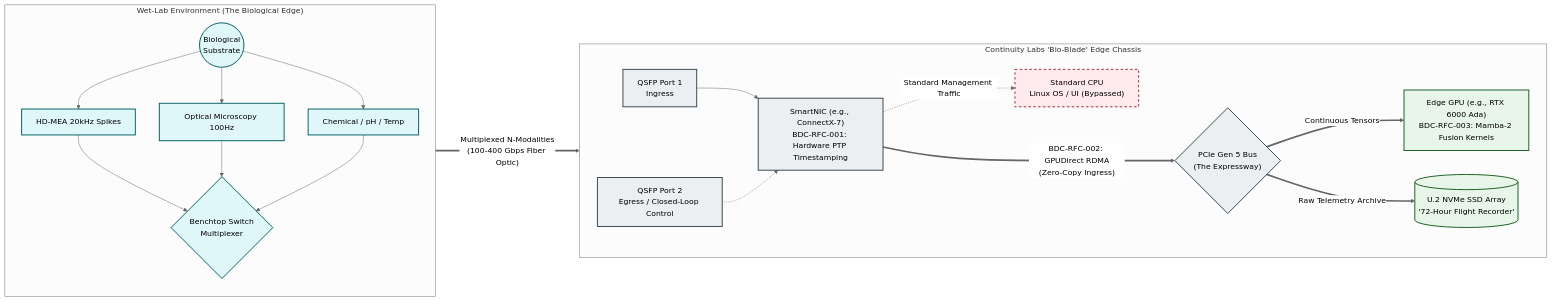
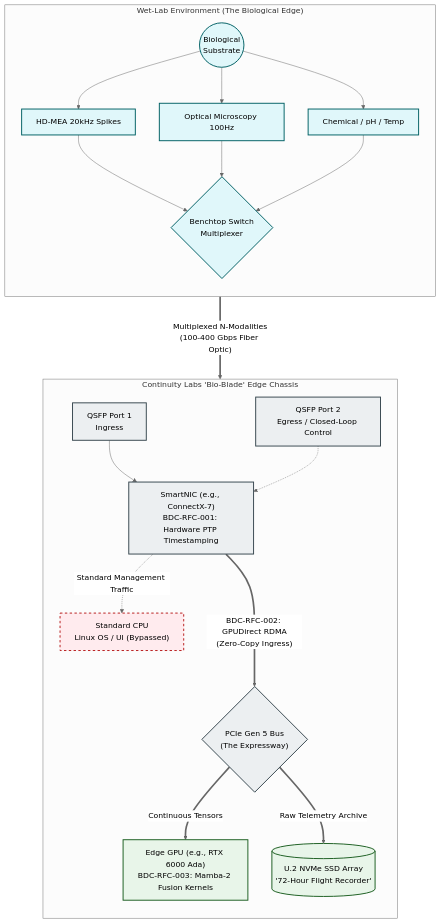
Before and after one commit to continuity-labs-io/stable-basin: the diagram in docs/ai/diagrams/bio_blade.md, drawn with Mermaid (neutral theme). The commit also changed 15 other files, not shown here.

````diff
--- a/docs/ai/diagrams/bio_blade.md
+++ b/docs/ai/diagrams/bio_blade.md
@@ -1,48 +1,48 @@
 ```mermaid
-graph LR
+graph TB
     %% Define Styles
     classDef wetlab fill:#e0f7fa,stroke:#006064,stroke-width:2px,color:#000;
     classDef hardware fill:#eceff1,stroke:#37474f,stroke-width:2px,color:#000;
     classDef compute fill:#e8f5e9,stroke:#1b5e20,stroke-width:2px,color:#000;
     classDef bypass fill:#ffebee,stroke:#b71c1c,stroke-width:2px,stroke-dasharray: 5 5,color:#000;
 
     %% Wet Lab Environment
     subgraph WET_LAB ["Wet-Lab Environment (The Biological Edge)"]
         direction TB
         Bio((Biological<br/>Substrate)):::wetlab --> MEA[HD-MEA 20kHz Spikes]:::wetlab
         Bio --> Opt[Optical Microscopy 100Hz]:::wetlab
         Bio --> Aux[Chemical / pH / Temp]:::wetlab
         
         MEA --> DAQ{Benchtop Switch<br/>Multiplexer}:::wetlab
         Opt --> DAQ
         Aux --> DAQ
     end
 
     %% The Fiber Connection
     DAQ == "Multiplexed N-Modalities<br/>(100-400 Gbps Fiber Optic)" ===> Port1
 
     %% The Bio-Blade Chassis
     subgraph BIO_BLADE ["Continuity Labs 'Bio-Blade' Edge Chassis"]
-        direction LR
+        direction TB
         
         Port1[QSFP Port 1<br/>Ingress]:::hardware --> NIC
         Port2[QSFP Port 2<br/>Egress / Closed-Loop Control]:::hardware -.-> NIC
         
         NIC["SmartNIC (e.g., ConnectX-7)<br/>BDC-RFC-001: Hardware PTP Timestamping"]:::hardware
         
         PCIE{"PCIe Gen 5 Bus<br/>(The Expressway)"}:::hardware
         
         %% Zero-Copy Bypass
         NIC == "BDC-RFC-002: GPUDirect RDMA<br/>(Zero-Copy Ingress)" ===> PCIE
         
         %% Bypassed OS
         CPU["Standard CPU<br/>Linux OS / UI (Bypassed)"]:::bypass
         NIC -. "Standard Management Traffic" .-> CPU
         
         GPU["Edge GPU (e.g., RTX 6000 Ada)<br/>BDC-RFC-003: Mamba-2 Fusion Kernels"]:::compute
         SSD[("U.2 NVMe SSD Array<br/>'72-Hour Flight Recorder'")]:::compute
         
         PCIE ==>|Continuous Tensors| GPU
         PCIE ==>|Raw Telemetry Archive| SSD
     end
 ```
````
